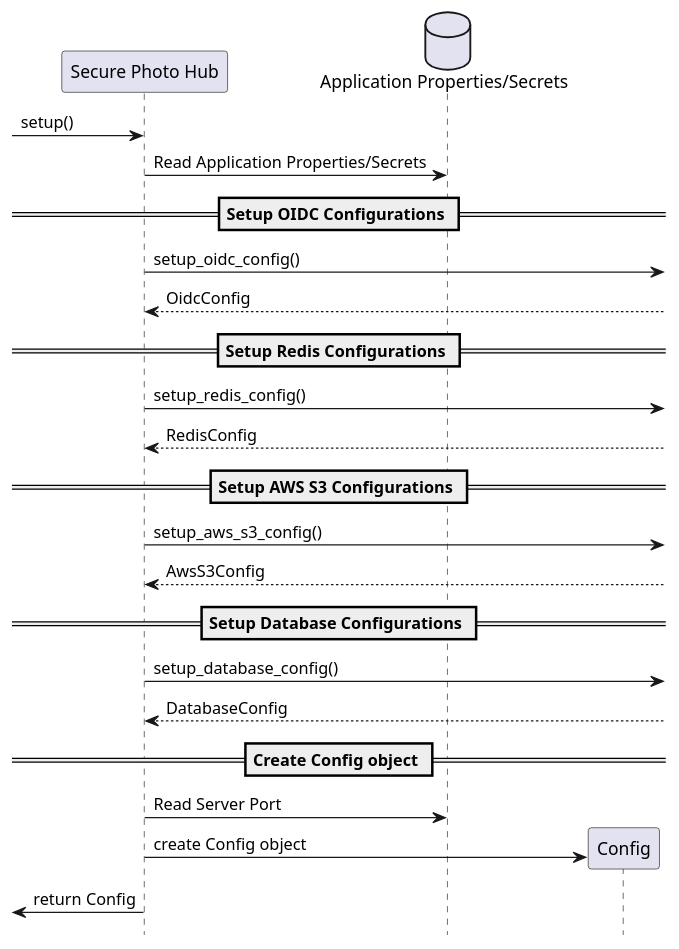
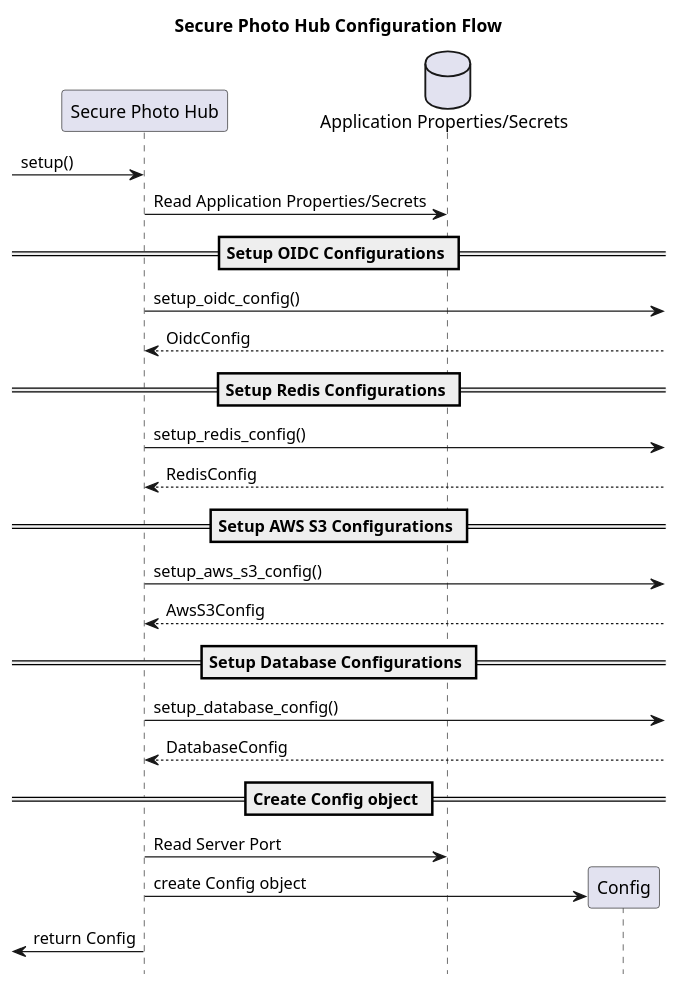
The diagram in plantuml/config/0-secure-photo-hub-config.puml (vtramo/secure-photo-hub), drawn with PlantUML before and after one commit. The commit also changed 7 other files, not shown here.

Commit message:
docs: add bearer token authentication sequence diagram

```diff
--- a/plantuml/config/0-secure-photo-hub-config.puml
+++ b/plantuml/config/0-secure-photo-hub-config.puml
@@ -1,25 +1,26 @@
 @startuml
 hide footbox
+title Secure Photo Hub Configuration Flow
 participant "Secure Photo Hub" as SecurePhotoHub
 database "Application Properties/Secrets" as AppProperties
 [-> SecurePhotoHub : setup()
 SecurePhotoHub -> AppProperties : Read Application Properties/Secrets
 
 == Setup OIDC Configurations ==
 SecurePhotoHub ->] : setup_oidc_config() 
 SecurePhotoHub <--] : OidcConfig 
 == Setup Redis Configurations ==
 SecurePhotoHub ->] : setup_redis_config() 
 SecurePhotoHub <--] : RedisConfig 
 == Setup AWS S3 Configurations ==
 SecurePhotoHub ->] : setup_aws_s3_config() 
 SecurePhotoHub <--] : AwsS3Config 
 == Setup Database Configurations ==
 SecurePhotoHub ->] : setup_database_config() 
 SecurePhotoHub <--] : DatabaseConfig
 == Create Config object ==
 SecurePhotoHub -> AppProperties : Read Server Port
 create Config
 SecurePhotoHub -> Config : create Config object
 [<- SecurePhotoHub : return Config
 @enduml
```
